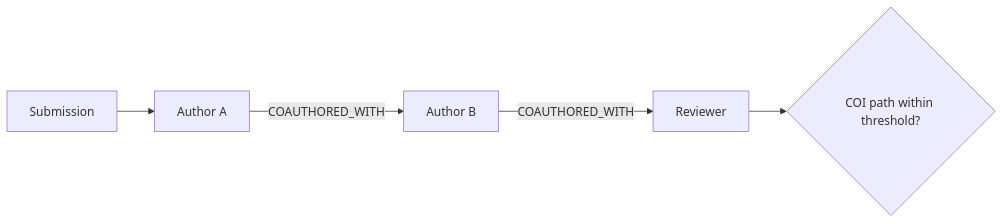
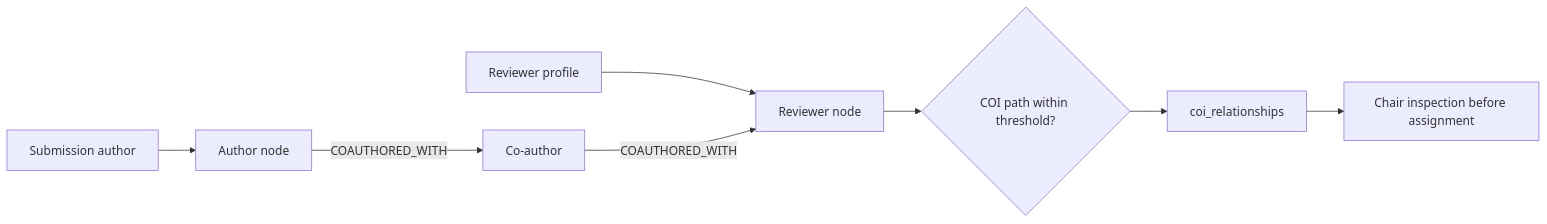
The ninth of 14 diagrams in docs/report/compiled/final_combined/03-xay-dung-he-thong.md (5CLCsCan/ConferenceSpace), drawn with Mermaid before and after one commit. The commit also changed other lines of this file and 1 other file, not shown here.

````diff
--- a/docs/report/compiled/final_combined/03-xay-dung-he-thong.md
+++ b/docs/report/compiled/final_combined/03-xay-dung-he-thong.md
@@ -290,7 +302,10 @@
 ```mermaid
 flowchart LR
-    A1["Author A"] -- "COAUTHORED_WITH" --> A2["Author B"]
-    A2 -- "COAUTHORED_WITH" --> R["Reviewer"]
-    S["Submission"] --> A1
-    R --> C{"COI path within threshold?"}
+    S["Submission author"] --> A["Author node"]
+    R["Reviewer profile"] --> B["Reviewer node"]
+    A -- "COAUTHORED_WITH" --> C["Co-author"]
+    C -- "COAUTHORED_WITH" --> B
+    B --> D{"COI path within threshold?"}
+    D --> E["coi_relationships"]
+    E --> F["Chair inspection before assignment"]
 ```
````
